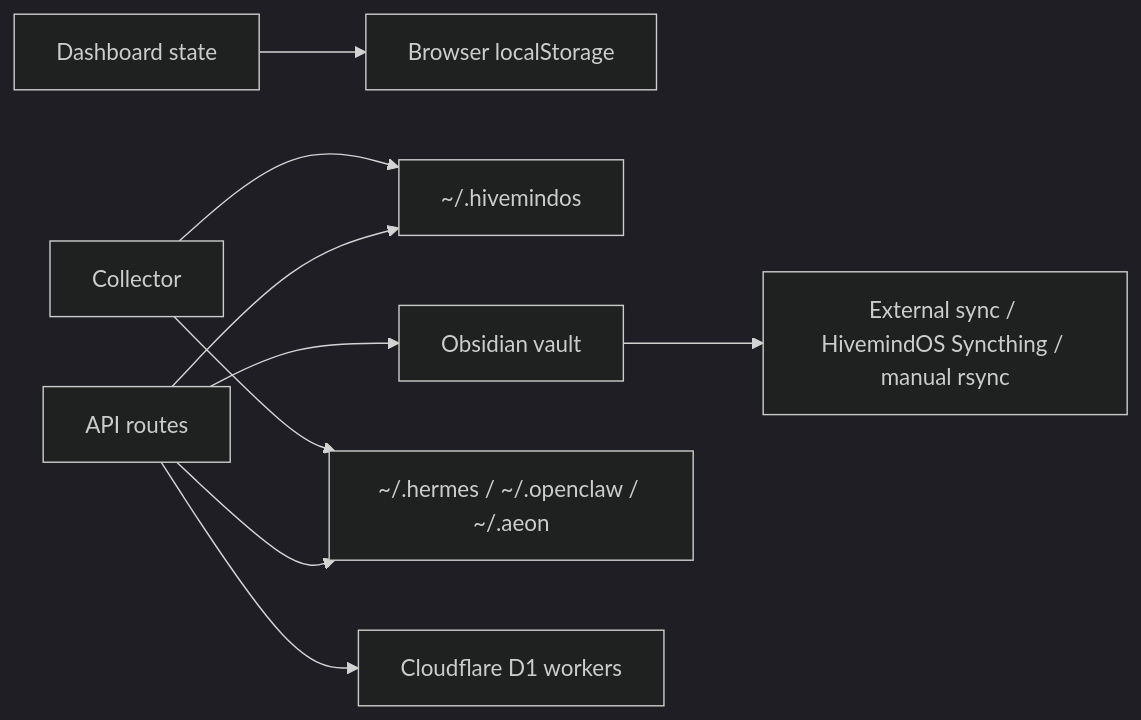
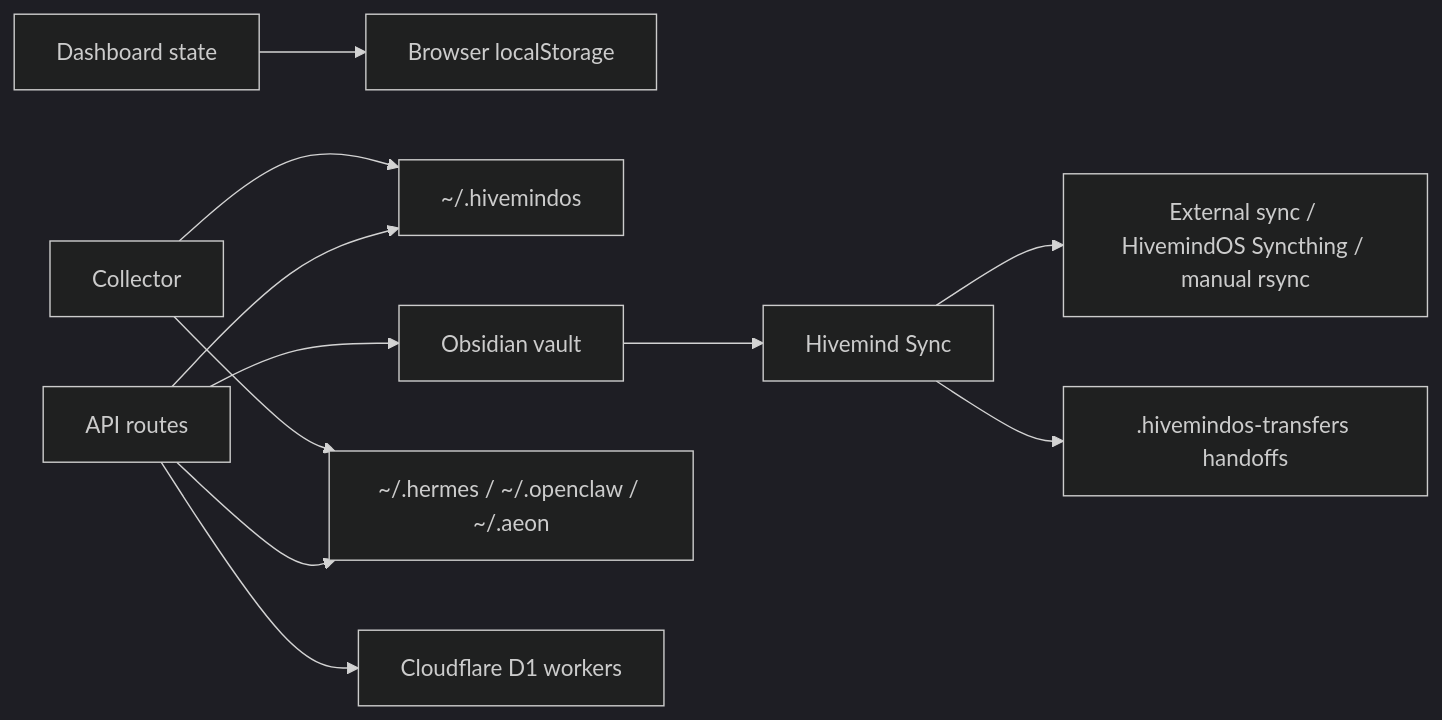
One commit to LiamVisionary/hivemindos changed the second of 2 diagrams in docs/architecture/index.md. Above: the diagram before and after it, drawn with Mermaid (dark theme). The commit also changed other lines of this file and 150 other files, not shown here.

````diff
--- a/docs/architecture/index.md
+++ b/docs/architecture/index.md
@@ -145,11 +147,13 @@
 ```mermaid
 flowchart LR
   Dashboard["Dashboard state"] --> LocalStorage["Browser localStorage"]
   Api["API routes"] --> HiveHome["~/.hivemindos"]
   Api --> Vault["Obsidian vault"]
   Api --> RuntimeHomes["~/.hermes / ~/.openclaw / ~/.aeon"]
   Api --> Workers["Cloudflare D1 workers"]
   Collector["Collector"] --> RuntimeHomes
   Collector --> HiveHome
-  Vault --> SyncOwner["External sync / HivemindOS Syncthing / manual rsync"]
+  Vault --> SyncOwner["Hivemind Sync"]
+  SyncOwner --> VaultOwner["External sync / HivemindOS Syncthing / manual rsync"]
+  SyncOwner --> Handoff[".hivemindos-transfers handoffs"]
 ```
````
